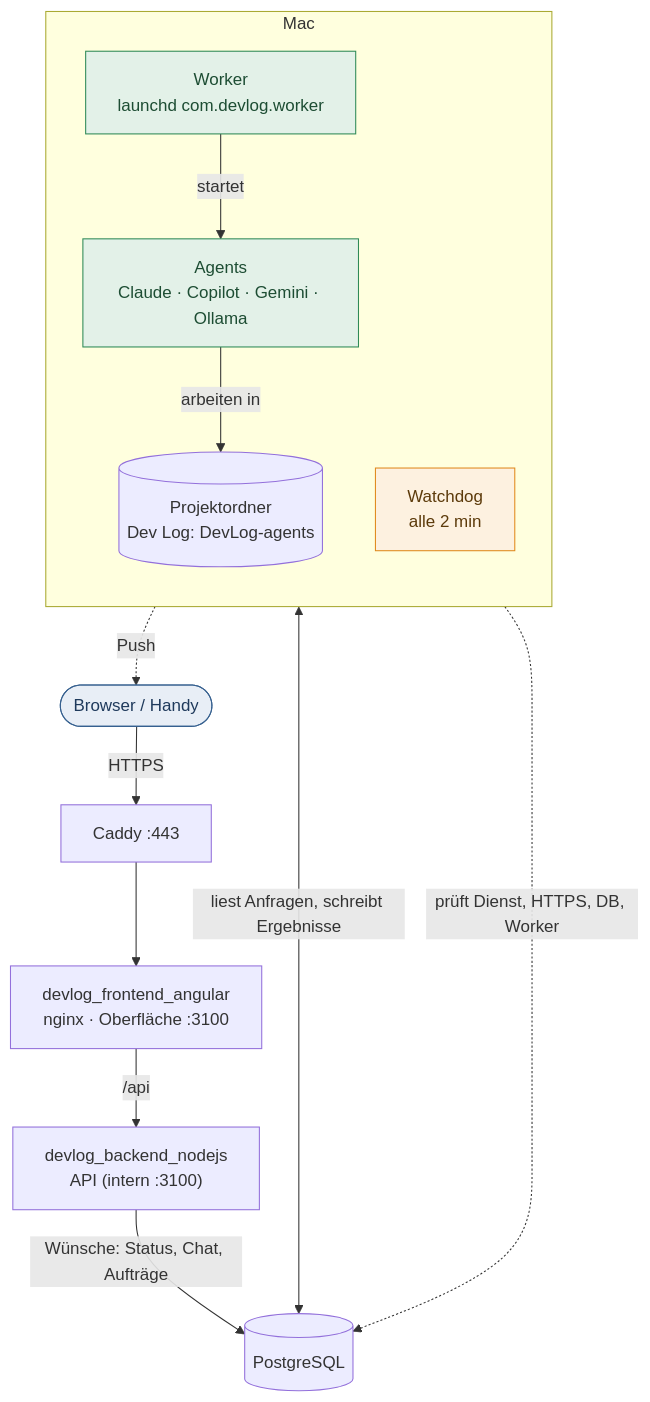
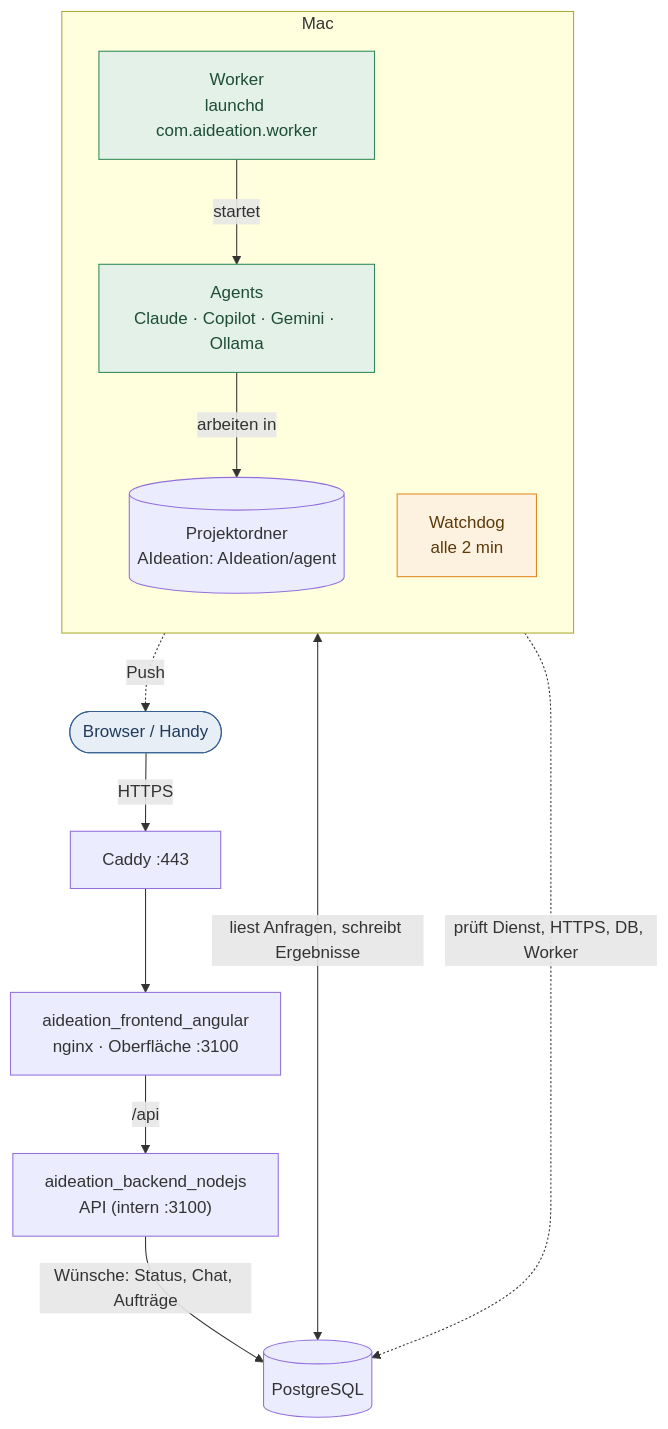
One commit to zaaaazzy/AutoDEV changed the first of 8 diagrams in docs/laufzeit.md. Above: the diagram before and after it, drawn with Mermaid. The commit also changed other lines of this file and 89 other files, not shown here.

First line of the commit message:
chore: Umbenennung in AIdeation und Projektordner <Projekt>/source + <Projekt>/agent

````diff
--- a/docs/laufzeit.md
+++ b/docs/laufzeit.md
@@ -9,23 +9,23 @@
 ```mermaid
 flowchart TB
   U(["Browser / Handy"]):::person -->|HTTPS| C["Caddy :443"]
-  C --> FE["devlog_frontend_angular<br/>nginx · Oberfläche :3100"]
-  FE -->|"/api"| API["devlog_backend_nodejs<br/>API (intern :3100)"]
+  C --> FE["aideation_frontend_angular<br/>nginx · Oberfläche :3100"]
+  FE -->|"/api"| API["aideation_backend_nodejs<br/>API (intern :3100)"]
   subgraph MAC["Mac"]
     direction TB
-    W["Worker<br/>launchd com.devlog.worker"]:::ok
+    W["Worker<br/>launchd com.aideation.worker"]:::ok
     WD["Watchdog<br/>alle 2 min"]:::wait
     AG["Agents<br/>Claude · Copilot · Gemini · Ollama"]:::ok
-    P[("Projektordner<br/>Dev Log: DevLog-agents")]
+    P[("Projektordner<br/>AIdeation: AIdeation/agent")]
   end
   API -->|"Wünsche: Status, Chat, Aufträge"| DB[("PostgreSQL")]
   W <-->|"liest Anfragen, schreibt Ergebnisse"| DB
   W -->|startet| AG
   AG -->|arbeiten in| P
   WD -.->|"prüft Dienst, HTTPS, DB, Worker"| DB
   WD -.->|Push| U
   classDef ok fill:#e3f1e8,stroke:#2f8a57,color:#1d4d33
   classDef bad fill:#fbe9e4,stroke:#b4472f,color:#6b2717
   classDef wait fill:#fdf1e0,stroke:#e08a1e,color:#5c3a0a
   classDef person fill:#e8eef6,stroke:#36608f,color:#1f3a5c
 ```
````
